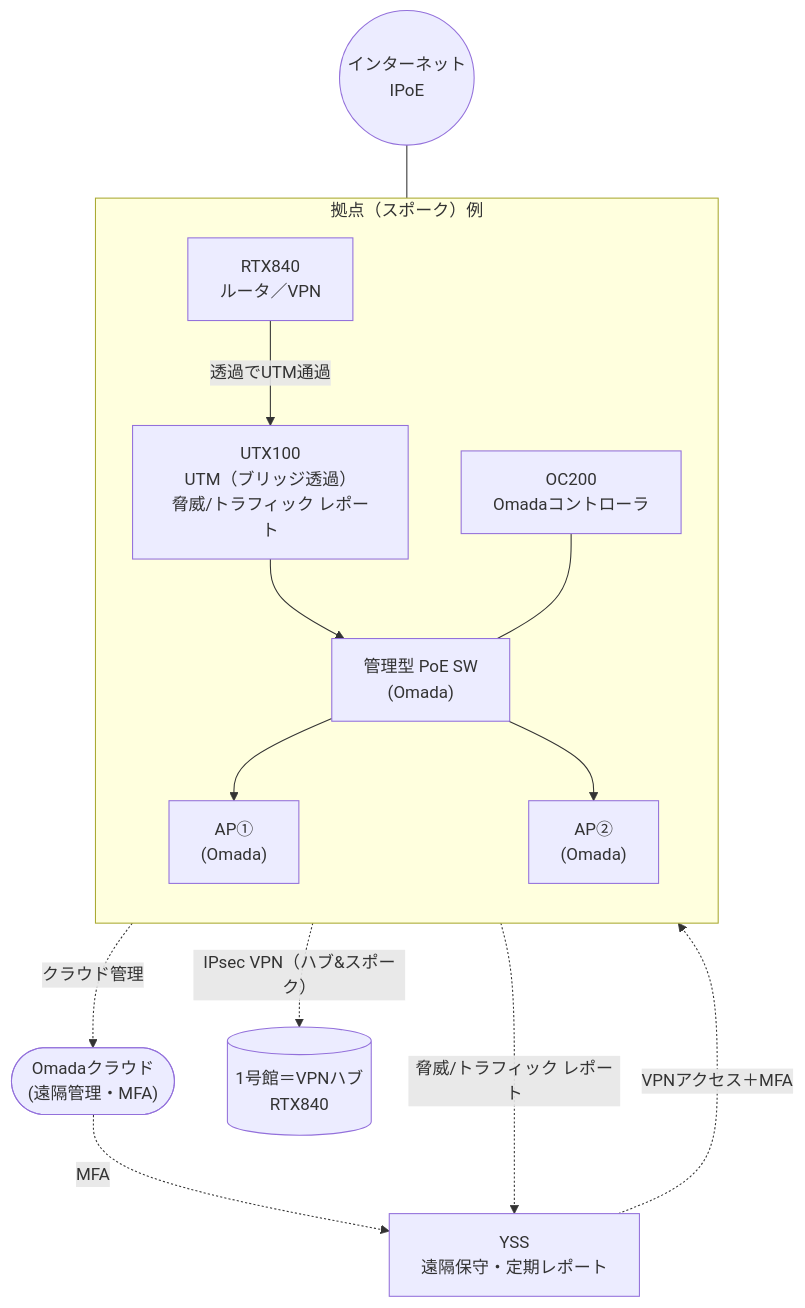
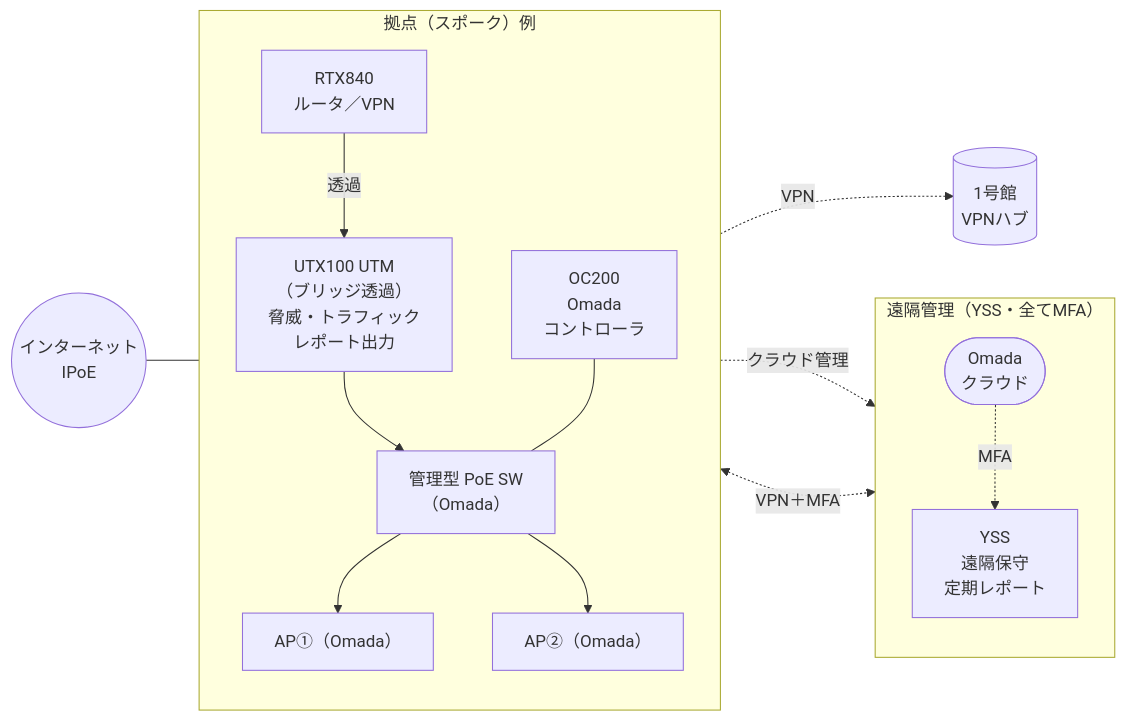
Before and after one commit to zva06206-shimizu/yss_secretary: the diagram in work/nagoya-keiei-kaikei/03_documents/20260625_UTM方針_協議たたき台_ドットシンク.md, drawn with Mermaid. The commit also changed other lines of this file, not shown here.

Commit message:
協議たたき台: 構成図のレイアウト整理(LR・管理系をサブグラフ化・UTX↔YSSを1本に統合・ラベル短縮)で文字重なりを解消

````diff
--- a/work/nagoya-keiei-kaikei/03_documents/20260625_UTM方針_協議たたき台_ドットシンク.md
+++ b/work/nagoya-keiei-kaikei/03_documents/20260625_UTM方針_協議たたき台_ドットシンク.md
@@ -62,30 +62,31 @@
 ```mermaid
-flowchart TB
-    OMC(["Omadaクラウド<br/>(遠隔管理・MFA)"])
-    YSS["YSS<br/>遠隔保守・定期レポート"]
+flowchart LR
     INET((インターネット<br/>IPoE))
-    HUB[("1号館＝VPNハブ<br/>RTX840")]
+    HUB[("1号館<br/>VPNハブ")]
 
     subgraph SITE["拠点（スポーク）例"]
       direction TB
       RTX["RTX840<br/>ルータ／VPN"]
-      UTX["UTX100<br/>UTM（ブリッジ透過）<br/>脅威/トラフィック レポート"]
-      SW["管理型 PoE SW<br/>(Omada)"]
-      AP1["AP①<br/>(Omada)"]
-      AP2["AP②<br/>(Omada)"]
-      OC["OC200<br/>Omadaコントローラ"]
+      UTX["UTX100 UTM<br/>（ブリッジ透過）<br/>脅威・トラフィック<br/>レポート出力"]
+      SW["管理型 PoE SW<br/>（Omada）"]
+      AP1["AP①（Omada）"]
+      AP2["AP②（Omada）"]
+      OC["OC200<br/>Omada<br/>コントローラ"]
+      RTX -->|透過| UTX --> SW
+      SW --> AP1
+      SW --> AP2
+      OC --- SW
+    end
+
+    subgraph MGMT["遠隔管理（YSS・全てMFA）"]
+      direction TB
+      OMC(["Omada<br/>クラウド"])
+      YSS["YSS<br/>遠隔保守<br/>定期レポート"]
     end
 
     INET --- RTX
-    RTX -->|"透過でUTM通過"| UTX
-    UTX --> SW
-    SW --> AP1
-    SW --> AP2
-    OC --- SW
-    RTX -. "IPsec VPN（ハブ&スポーク）" .-> HUB
-
-    OC -. "クラウド管理" .-> OMC
-    OMC -. "MFA" .-> YSS
-    YSS -. "VPNアクセス＋MFA" .-> UTX
-    UTX -. "脅威/トラフィック レポート" .-> YSS
+    RTX -.->|VPN| HUB
+    OC -.->|クラウド管理| OMC
+    OMC -.->|MFA| YSS
+    UTX <-.->|"VPN＋MFA"| YSS
 ```
````
